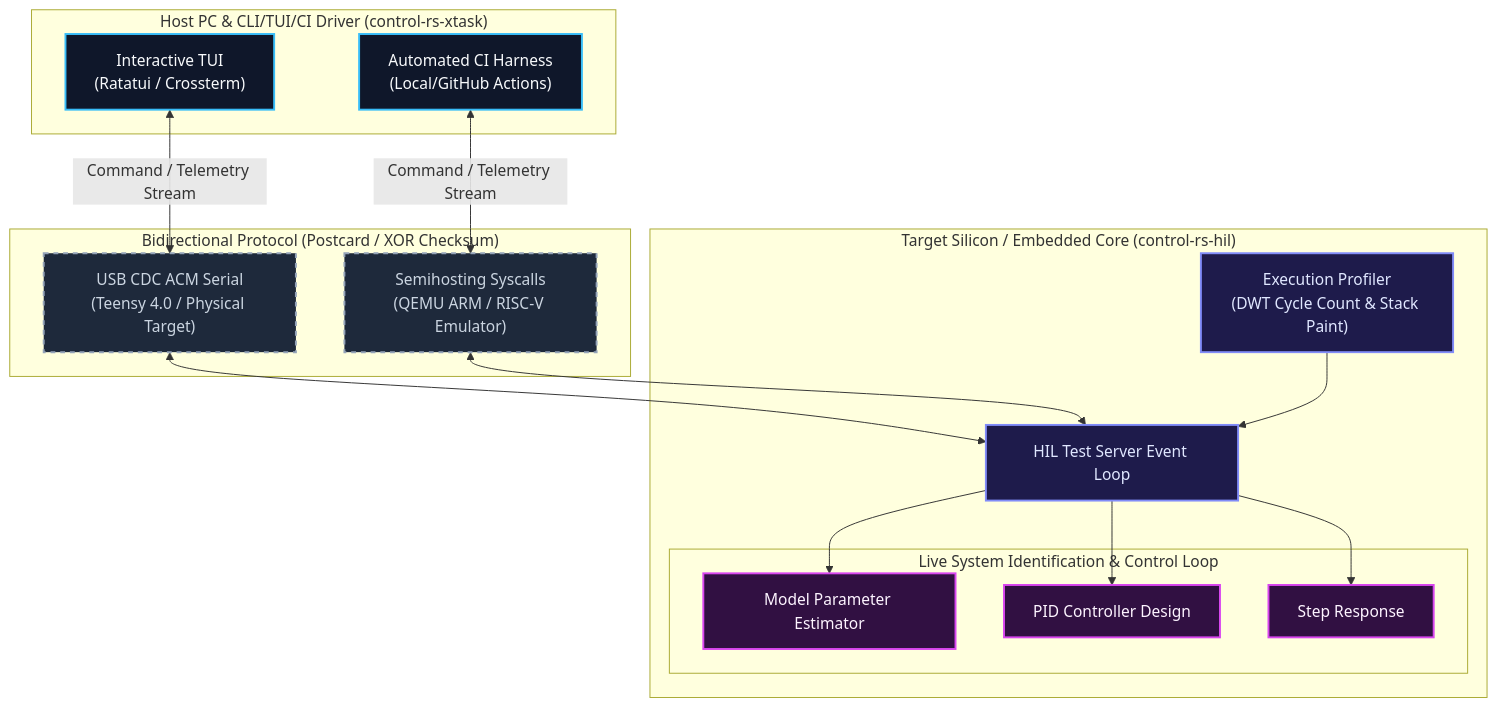
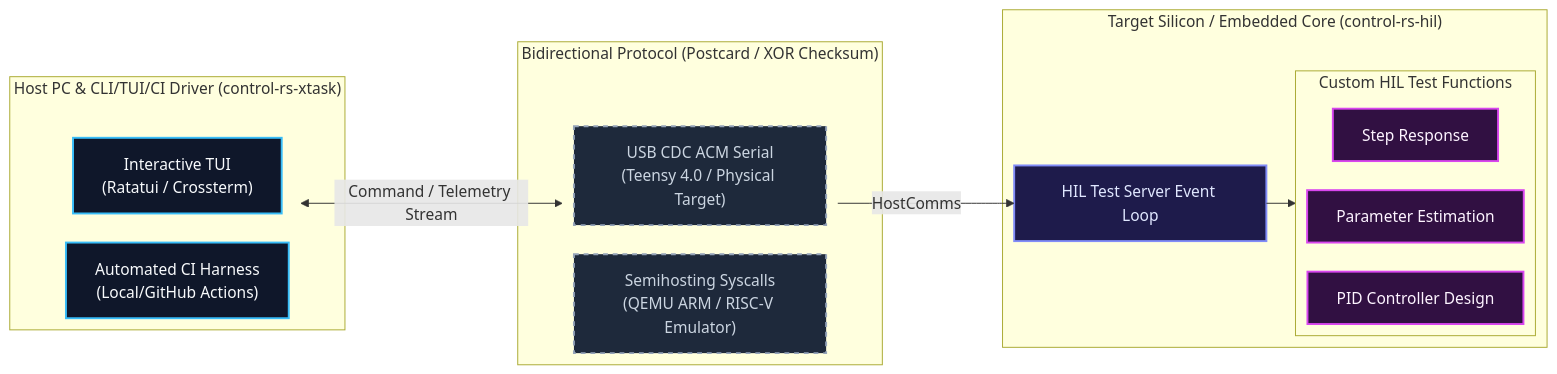
The diagram in README.md (Dyse-Industries/control-rs), drawn with Mermaid before and after one commit.

Commit message:
redo diagram

````diff
--- a/README.md
+++ b/README.md
@@ -16,39 +16,40 @@
 ```mermaid
-graph TD
-    %% Define Styles
-    classDef host fill:#0f172a,stroke:#38bdf8,stroke-width:2px,color:#f8fafc;
-    classDef link fill:#1e293b,stroke:#94a3b8,stroke-width:2px,stroke-dasharray: 5 5,color:#cbd5e1;
-    classDef target fill:#1e1b4b,stroke:#818cf8,stroke-width:2px,color:#e0e7ff;
-    classDef loop fill:#311042,stroke:#d946ef,stroke-width:2px,color:#fdf4ff;
+---
+config:
+  layout: elk
+---
+flowchart LR
+ subgraph Host["Host PC & CLI/TUI/CI Driver (control-rs-xtask)"]
+        TUI["Interactive TUI<br>(Ratatui / Crossterm)"]
+        CI["Automated CI Harness<br>(Local/GitHub Actions)"]
+  end
+ subgraph Link["Bidirectional Protocol (Postcard / XOR Checksum)"]
+        USB["USB CDC ACM Serial<br>(Teensy 4.0 / Physical Target)"]
+        SH["Semihosting Syscalls<br>(QEMU ARM / RISC-V Emulator)"]
+  end
+ subgraph SysIdLoop["Custom HIL Test Functions"]
+        Estimator["Parameter Estimation"]
+        Controller["PID Controller Design"]
+        Plant["Step Response"]
+  end
+ subgraph Target["Target Silicon / Embedded Core (control-rs-hil)"]
+        Server["HIL Test Server Event Loop"]
+        SysIdLoop
+  end
+    Host <-- Command / Telemetry Stream --> Link
+    Server --> SysIdLoop
+    Link -- HostComms --> Server
 
-    subgraph Host["Host PC & CLI/TUI/CI Driver (control-rs-xtask)"]
-        TUI["Interactive TUI<br>(Ratatui / Crossterm)"]:::host
-        CI["Automated CI Harness<br>(Local/GitHub Actions)"]:::host
-    end
-
-    subgraph Link["Bidirectional Protocol (Postcard / XOR Checksum)"]
-        USB["USB CDC ACM Serial<br>(Teensy 4.0 / Physical Target)"]:::link
-        SH["Semihosting Syscalls<br>(QEMU ARM / RISC-V Emulator)"]:::link
-    end
-
-    subgraph Target["Target Silicon / Embedded Core (control-rs-hil)"]
-        Server["HIL Test Server Event Loop"]:::target
-        Profiler["Execution Profiler<br>(DWT Cycle Count & Stack Paint)"]:::target
-        
-        subgraph SysIdLoop["Live System Identification & Control Loop"]
-            Estimator["Model Parameter Estimator"]:::loop
-            Controller["PID Controller Design"]:::loop
-            Plant["Step Response"]:::loop
-        end
-    end
-
-    %% Flow Arrows
-    TUI <-->|"Command / Telemetry Stream"| USB
-    CI <-->|"Command / Telemetry Stream"| SH
-    USB <--> Server
-    SH <--> Server
-    Profiler --> Server
-    Server --> Estimator
-    Server --> Controller
-    Server --> Plant
+     TUI:::host
+     CI:::host
+     USB:::link
+     SH:::link
+     Estimator:::loop
+     Controller:::loop
+     Plant:::loop
+     Server:::target
+    classDef host fill:#0f172a,stroke:#38bdf8,stroke-width:2px,color:#f8fafc
+    classDef link fill:#1e293b,stroke:#94a3b8,stroke-width:2px,stroke-dasharray: 5 5,color:#cbd5e1
+    classDef target fill:#1e1b4b,stroke:#818cf8,stroke-width:2px,color:#e0e7ff
+    classDef loop fill:#311042,stroke:#d946ef,stroke-width:2px,color:#fdf4ff
 ```
````
